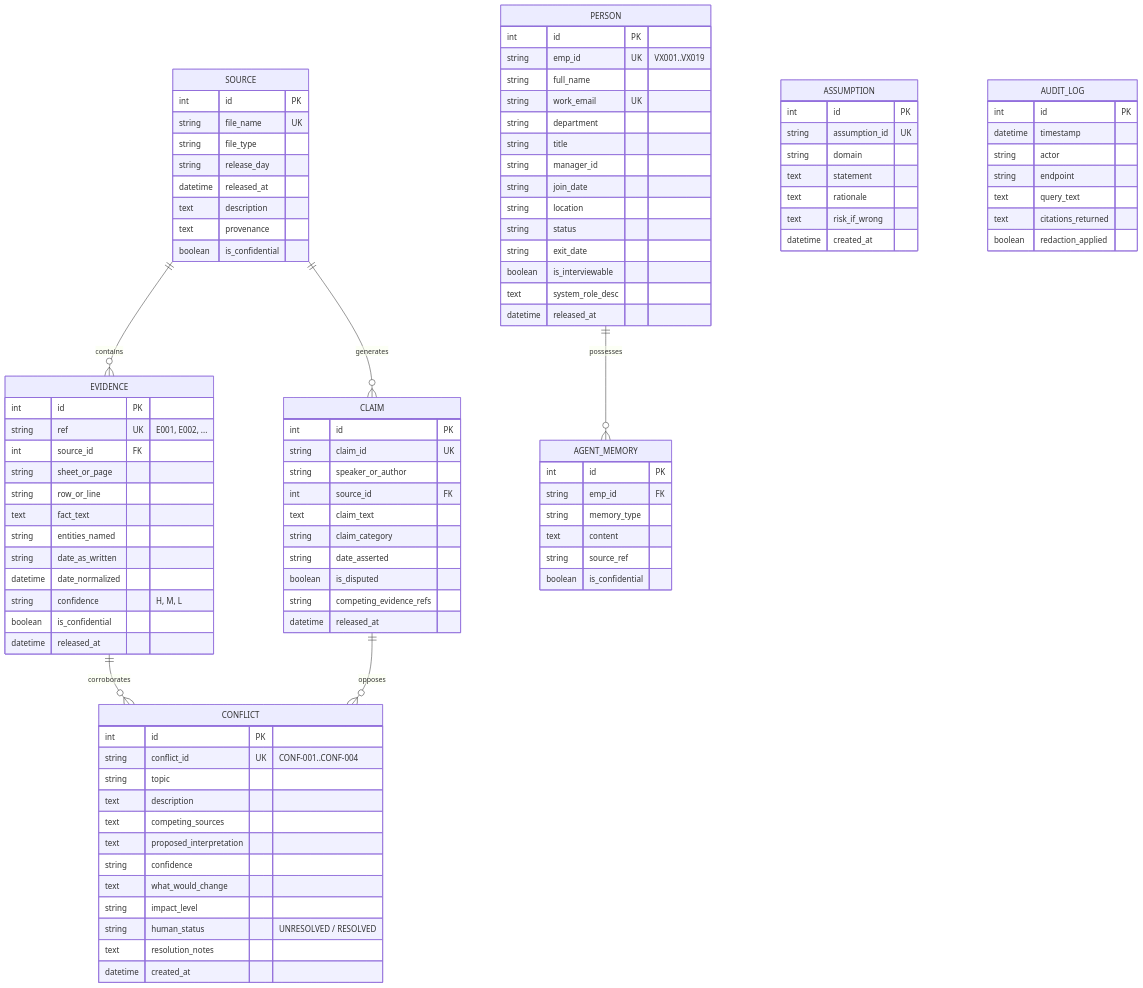
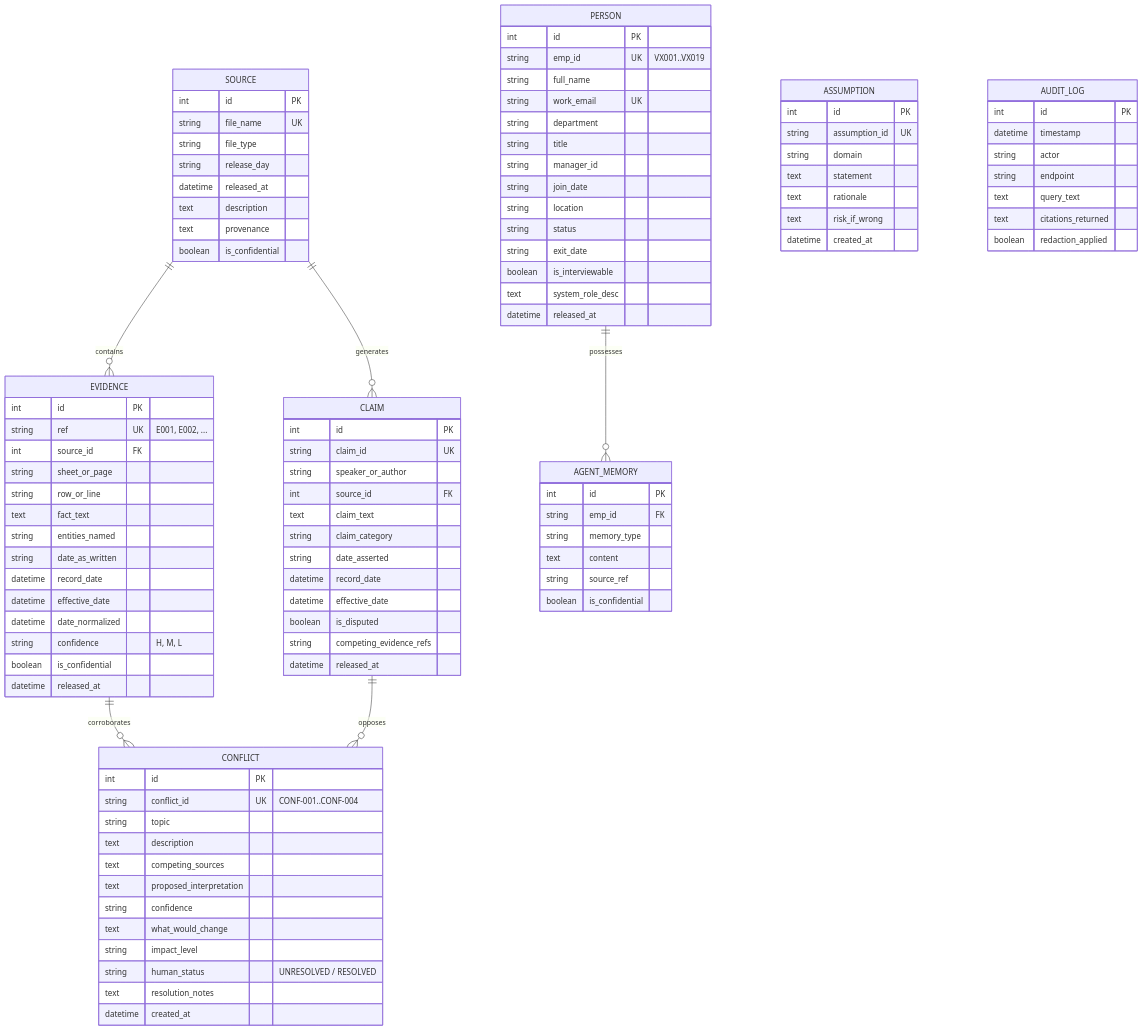
One commit to rivu851/veloxa-cockpit-rivu-chattopadhyay changed the second of 2 diagrams in ARCHITECTURE.md. Above: the diagram before and after it, drawn with Mermaid. The commit also changed other lines of this file and 10 other files, not shown here.

Commit message:
fix(governance): ratify human conflict decisions, strengthen temporal schema and privacy controls

```diff
--- a/ARCHITECTURE.md
+++ b/ARCHITECTURE.md
@@ -104,6 +108,8 @@
         text fact_text
         string entities_named
         string date_as_written
+        datetime record_date
+        datetime effective_date
         datetime date_normalized
         string confidence "H, M, L"
         boolean is_confidential
@@ -118,6 +124,8 @@
         text claim_text
         string claim_category
         string date_asserted
+        datetime record_date
+        datetime effective_date
         boolean is_disputed
         string competing_evidence_refs
         datetime released_at
```
